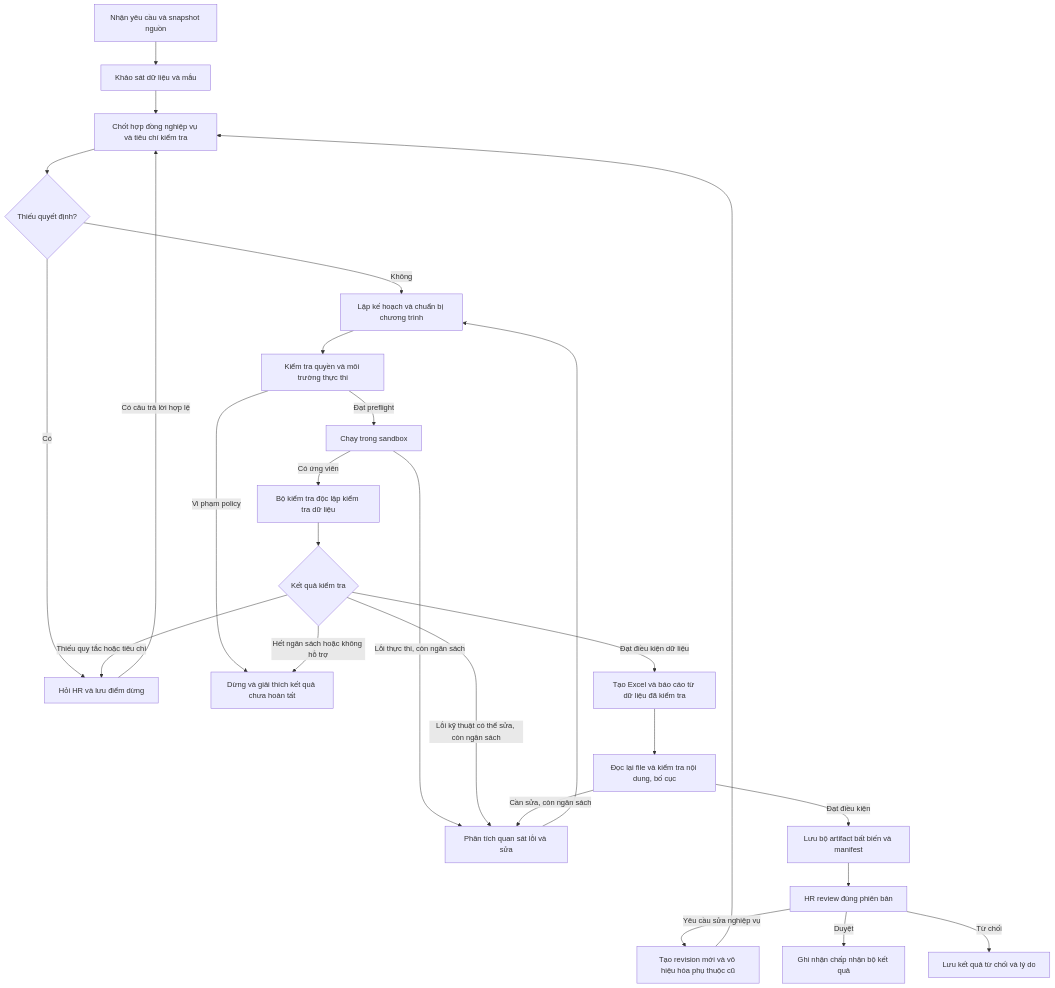
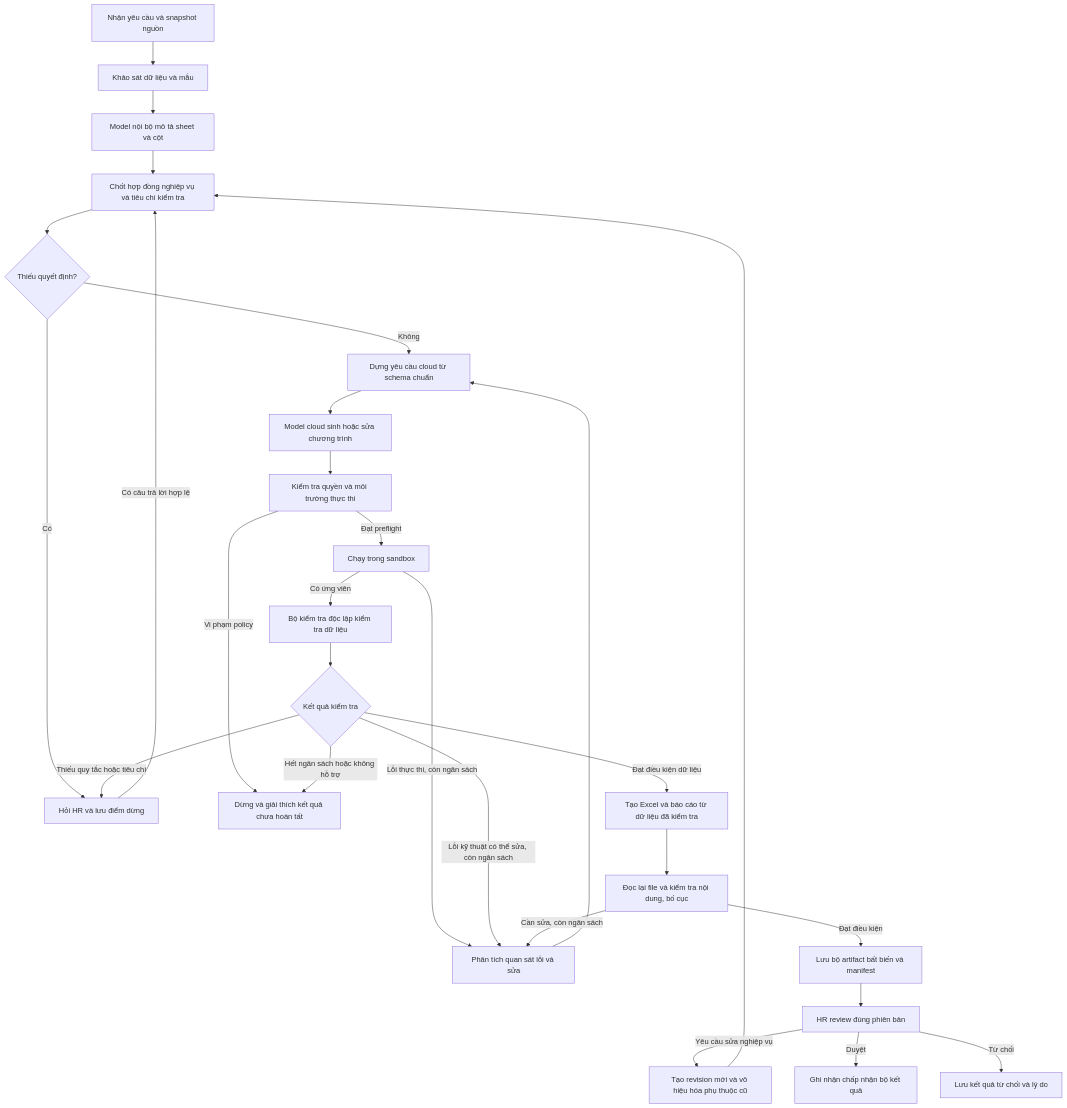
Before and after one commit to viett06/TallyV: the diagram in docs/assistant-agent-workflow.md, drawn with Mermaid. The commit also changed other lines of this file and 64 other files, not shown here.

````diff
--- a/docs/assistant-agent-workflow.md
+++ b/docs/assistant-agent-workflow.md
@@ -70,28 +73,30 @@
 ```mermaid
 flowchart TD
     A[Nhận yêu cầu và snapshot nguồn] --> B[Khảo sát dữ liệu và mẫu]
-    B --> C[Chốt hợp đồng nghiệp vụ và tiêu chí kiểm tra]
+    B --> S[Model nội bộ mô tả sheet và cột]
+    S --> C[Chốt hợp đồng nghiệp vụ và tiêu chí kiểm tra]
     C --> D{Thiếu quyết định?}
     D -->|Có| Q[Hỏi HR và lưu điểm dừng]
     Q -->|Có câu trả lời hợp lệ| C
-    D -->|Không| E[Lập kế hoạch và chuẩn bị chương trình]
+    D -->|Không| P0[Dựng yêu cầu cloud từ schema chuẩn]
+    P0 --> E[Model cloud sinh hoặc sửa chương trình]
     E --> F[Kiểm tra quyền và môi trường thực thi]
     F -->|Đạt preflight| G[Chạy trong sandbox]
     F -->|Vi phạm policy| X
     G -->|Có ứng viên| H[Bộ kiểm tra độc lập kiểm tra dữ liệu]
     G -->|Lỗi thực thi, còn ngân sách| R
     H --> I{Kết quả kiểm tra}
     I -->|Lỗi kỹ thuật có thể sửa, còn ngân sách| R[Phân tích quan sát lỗi và sửa]
-    R --> E
+    R --> P0
     I -->|Thiếu quy tắc hoặc tiêu chí| Q
     I -->|Hết ngân sách hoặc không hỗ trợ| X[Dừng và giải thích kết quả chưa hoàn tất]
     I -->|Đạt điều kiện dữ liệu| J[Tạo Excel và báo cáo từ dữ liệu đã kiểm tra]
     J --> K[Đọc lại file và kiểm tra nội dung, bố cục]
     K -->|Cần sửa, còn ngân sách| R
     K -->|Đạt điều kiện| L[Lưu bộ artifact bất biến và manifest]
     L --> M[HR review đúng phiên bản]
     M -->|Yêu cầu sửa nghiệp vụ| N[Tạo revision mới và vô hiệu hóa phụ thuộc cũ]
     N --> C
     M -->|Duyệt| O[Ghi nhận chấp nhận bộ kết quả]
     M -->|Từ chối| P[Lưu kết quả từ chối và lý do]
 ```
````
